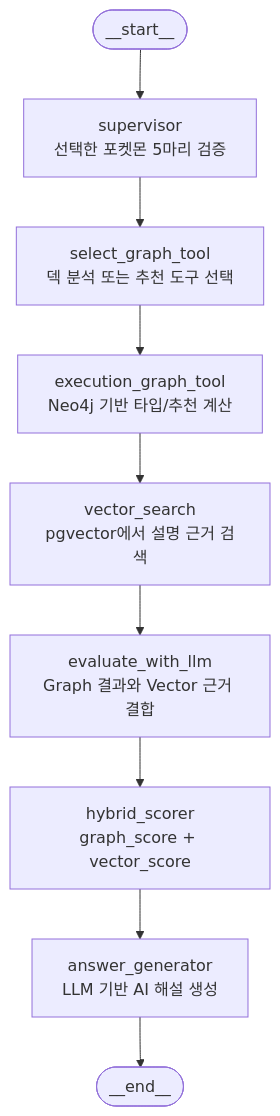
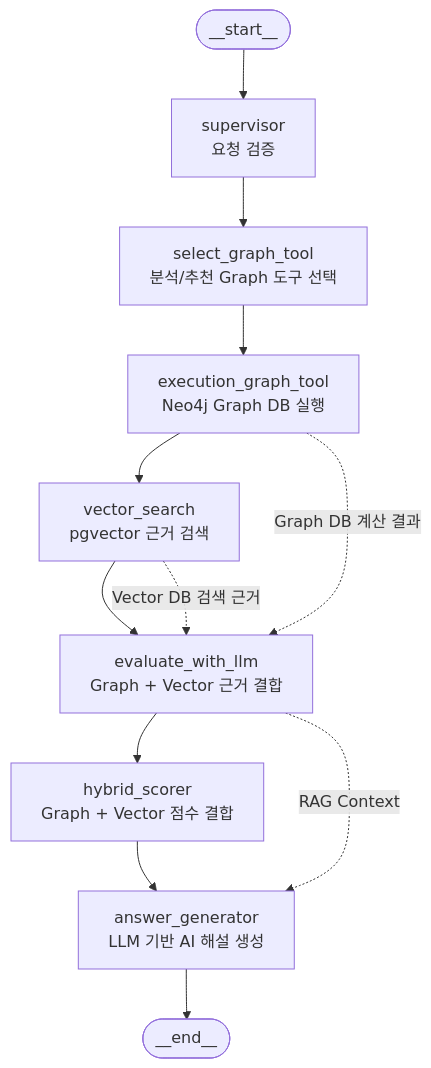
One commit to SKNETWORKS-FAMILY-AICAMP/SKN27-3rd-3TEAM changed the diagram in backend/team_build_rag/workflow_diagram.md. Above: the diagram before and after it, drawn with Mermaid. The commit also changed 3 other files, not shown here.

````diff
--- a/backend/team_build_rag/workflow_diagram.md
+++ b/backend/team_build_rag/workflow_diagram.md
@@ -11,21 +11,25 @@
 ```mermaid
 flowchart TD
     START(["__start__"])
-    SUP["supervisor<br/>선택한 포켓몬 5마리 검증"]
-    SELECT["select_graph_tool<br/>덱 분석 또는 추천 도구 선택"]
-    GRAPH["execution_graph_tool<br/>Neo4j 기반 타입/추천 계산"]
-    VECTOR["vector_search<br/>pgvector에서 설명 근거 검색"]
-    EVAL["evaluate_with_llm<br/>Graph 결과와 Vector 근거 결합"]
-    HYBRID["hybrid_scorer<br/>graph_score + vector_score"]
+    SUP["supervisor<br/>요청 검증"]
+    SELECT["select_graph_tool<br/>분석/추천 Graph 도구 선택"]
+    GRAPH["execution_graph_tool<br/>Neo4j Graph DB 실행"]
+    VECTOR["vector_search<br/>pgvector 근거 검색"]
+    EVAL["evaluate_with_llm<br/>Graph + Vector 근거 결합"]
+    HYBRID["hybrid_scorer<br/>Graph + Vector 점수 결합"]
     ANSWER["answer_generator<br/>LLM 기반 AI 해설 생성"]
     END(["__end__"])
 
     START --> SUP
     SUP --> SELECT
     SELECT --> GRAPH
     GRAPH --> VECTOR
     VECTOR --> EVAL
     EVAL --> HYBRID
     HYBRID --> ANSWER
     ANSWER --> END
+
+    GRAPH -. "Graph DB 계산 결과" .-> EVAL
+    VECTOR -. "Vector DB 검색 근거" .-> EVAL
+    EVAL -. "RAG Context" .-> ANSWER
 ```
````
